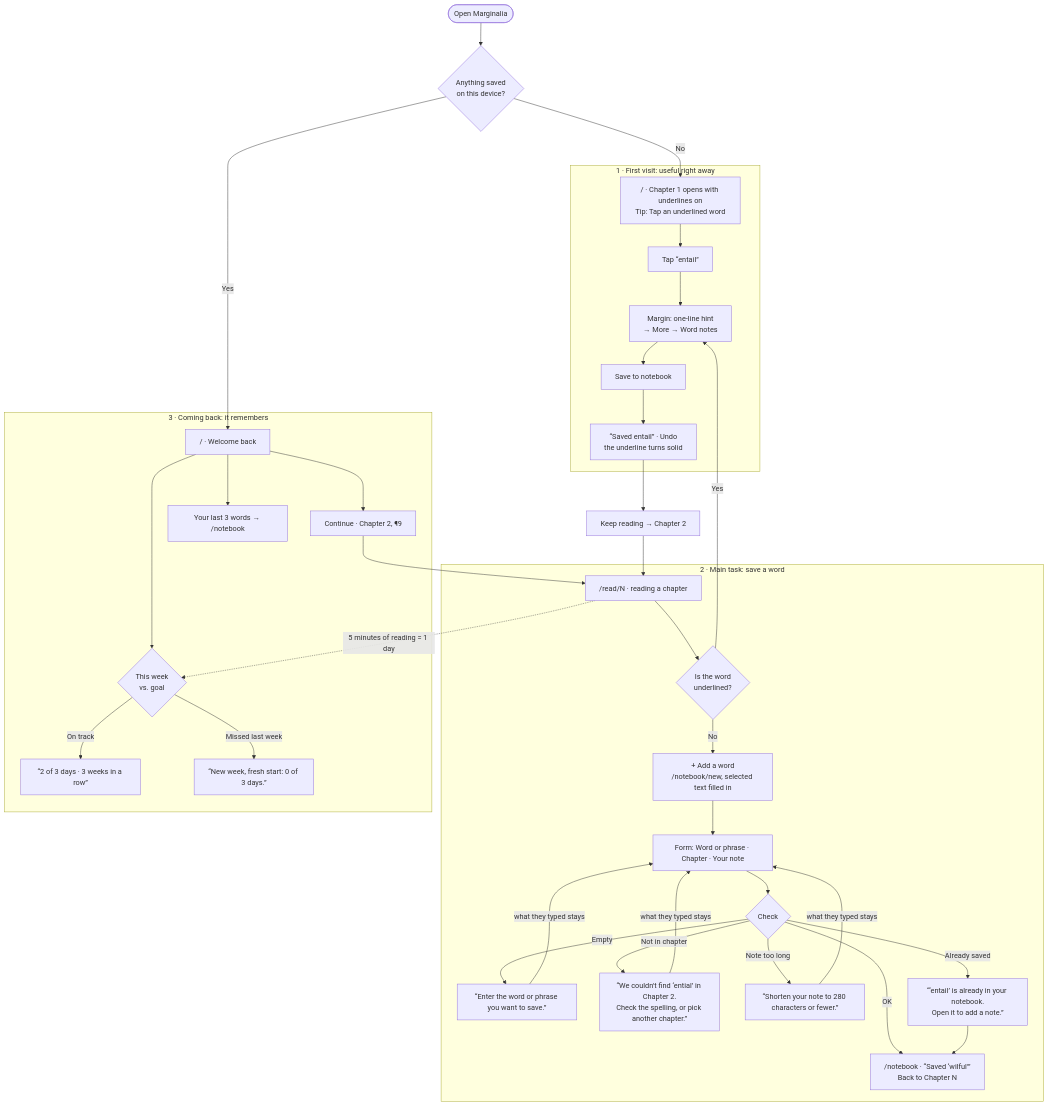
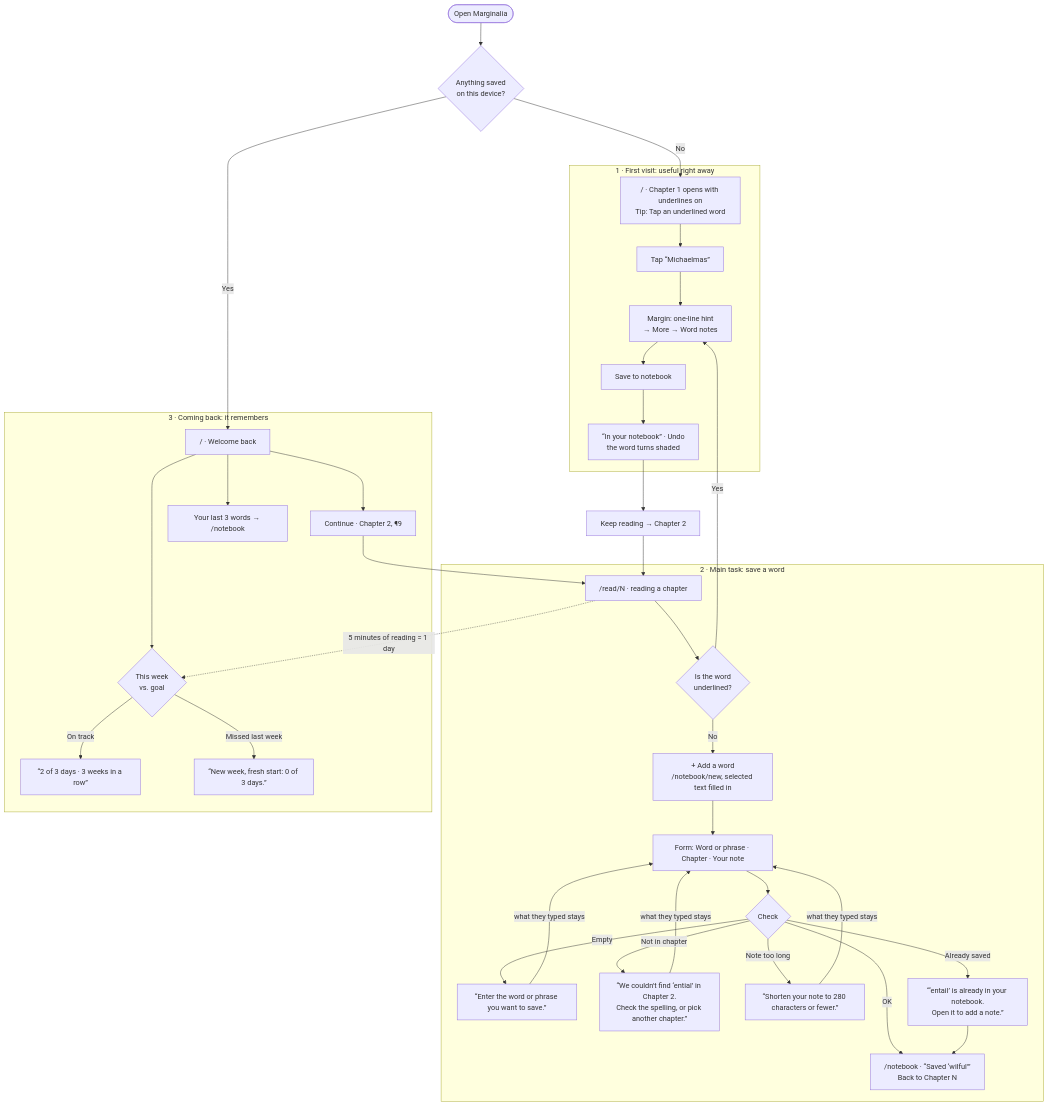
One commit to Rogernarten/marginalia changed the diagram in flows.md. Above: the diagram before and after it, drawn with Mermaid.

Commit message:
Use Michaelmas, which is in Chapter 1, as the first-visit example

````diff
--- a/flows.md
+++ b/flows.md
@@ -7,40 +7,40 @@
 ```mermaid
 flowchart TD
   open(["Open Marginalia"]) --> saved{"Anything saved<br/>on this device?"}
   saved -- No --> ch1
   saved -- Yes --> home
 
   subgraph first["1 · First visit: useful right away"]
-    ch1["/ · Chapter 1 opens with underlines on<br/>Tip: Tap an underlined word"] --> tap["Tap “entail”"]
+    ch1["/ · Chapter 1 opens with underlines on<br/>Tip: Tap an underlined word"] --> tap["Tap “Michaelmas”"]
     tap --> margin["Margin: one-line hint<br/>→ More → Word notes"]
     margin --> quick["Save to notebook"]
-    quick --> toast["“Saved entail” · Undo<br/>the underline turns solid"]
+    quick --> toast["“In your notebook” · Undo<br/>the word turns shaded"]
   end
 
   subgraph task["2 · Main task: save a word"]
     read["/read/N · reading a chapter"] --> under{"Is the word<br/>underlined?"}
     under -- Yes --> margin
     under -- No --> add["+ Add a word<br/>/notebook/new, selected text filled in"]
     add --> form["Form: Word or phrase · Chapter · Your note"]
     form --> check{"Check"}
     check -- Empty --> e1["“Enter the word or phrase you want to save.”"]
     check -- Not in chapter --> e2["“We couldn't find ‘ential’ in Chapter 2.<br/>Check the spelling, or pick another chapter.”"]
     check -- Note too long --> e4["“Shorten your note to 280 characters or fewer.”"]
     e1 & e2 & e4 -- "what they typed stays" --> form
     check -- Already saved --> e3["“‘entail’ is already in your notebook.<br/>Open it to add a note.”"]
     check -- OK --> nb["/notebook · “Saved ‘wilful’”<br/>Back to Chapter N"]
     e3 --> nb
   end
 
   subgraph back["3 · Coming back: it remembers"]
     home["/ · Welcome back"] --> cont["Continue · Chapter 2, ¶9"]
     home --> week{"This week<br/>vs. goal"}
     week -- On track --> on["“2 of 3 days · 3 weeks in a row”"]
     week -- Missed last week --> fresh["“New week, fresh start: 0 of 3 days.”"]
     home --> recent["Your last 3 words → /notebook"]
   end
 
   toast --> next["Keep reading → Chapter 2"] --> read
   cont --> read
   read -. "5 minutes of reading = 1 day" .-> week
 ```
````
